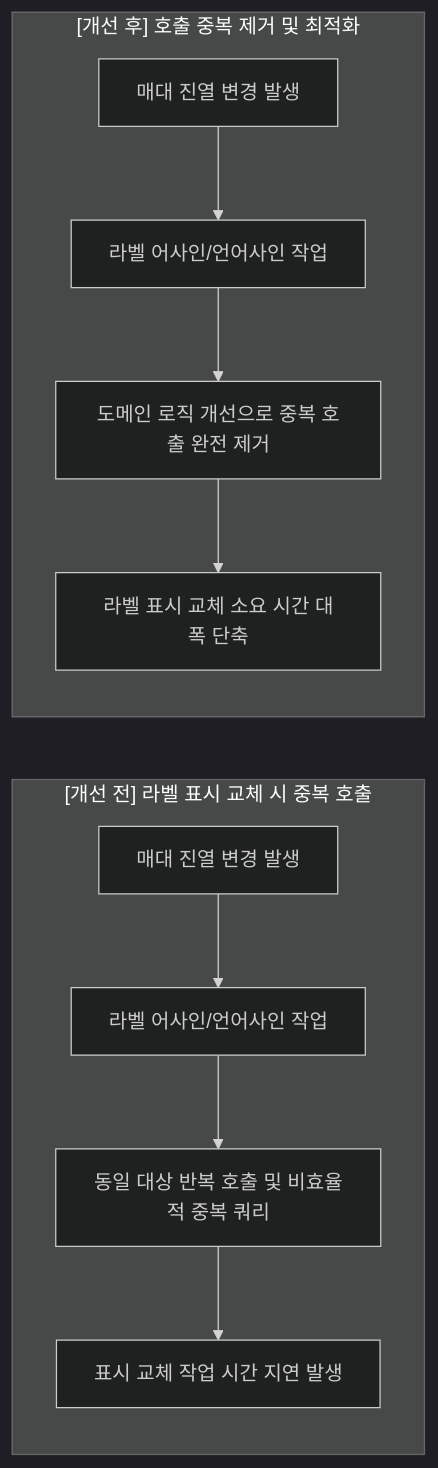
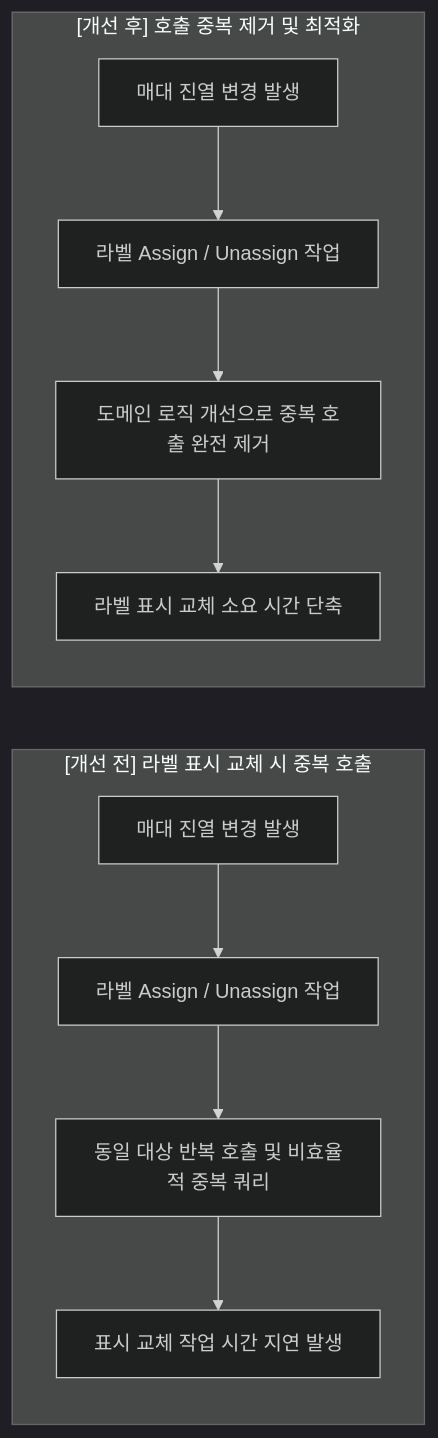
Before and after one commit to djpibo/djpibo.github.io: the fourth of 5 diagrams in docs/case/2026-1Q/oy-sale-stat-hourly-cpu-sql.md, drawn with Mermaid (dark theme). The commit also changed other lines of this file and 14 other files, not shown here.

````diff
--- a/docs/case/2026-1Q/oy-sale-stat-hourly-cpu-sql.md
+++ b/docs/case/2026-1Q/oy-sale-stat-hourly-cpu-sql.md
@@ -206,18 +206,18 @@
 ```mermaid
 flowchart LR
     subgraph Before["[개선 전] 라벨 표시 교체 시 중복 호출"]
         direction TB
         E1["매대 진열 변경 발생"]
-        E1 --> E2["라벨 어사인/언어사인 작업"]
+        E1 --> E2["라벨 Assign / Unassign 작업"]
         E2 --> E3["동일 대상 반복 호출 및 비효율적 중복 쿼리"]
         E3 --> E4["표시 교체 작업 시간 지연 발생"]
     end
 
     subgraph After["[개선 후] 호출 중복 제거 및 최적화"]
         direction TB
         O1["매대 진열 변경 발생"]
-        O1 --> O2["라벨 어사인/언어사인 작업"]
+        O1 --> O2["라벨 Assign / Unassign 작업"]
         O2 --> O3["도메인 로직 개선으로 중복 호출 완전 제거"]
-        O3 --> O4["라벨 표시 교체 소요 시간 대폭 단축"]
+        O3 --> O4["라벨 표시 교체 소요 시간 단축"]
     end
 ```
````
